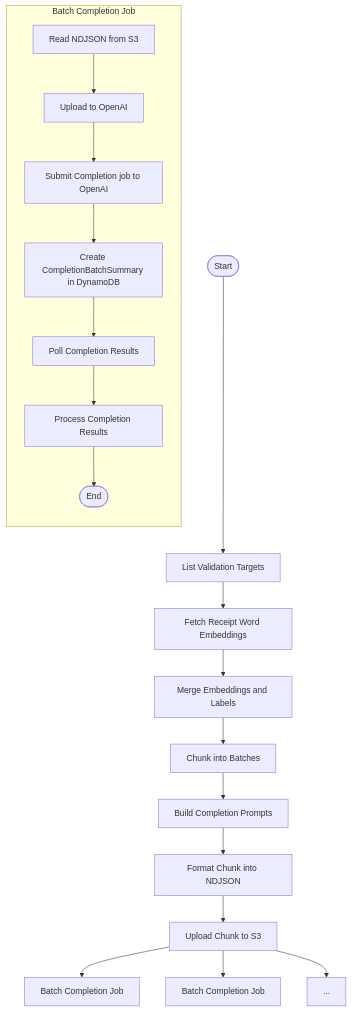
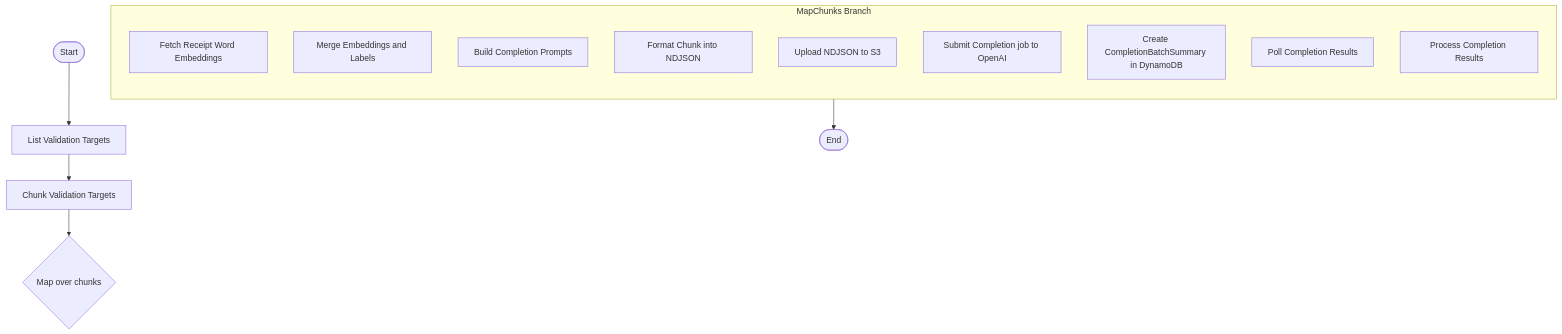
One commit to tnorlund/Portfolio changed the diagram in receipt_label/receipt_label/submit_completion/README.md. Above: the diagram before and after it, drawn with Mermaid. The commit also changed other lines of this file, not shown here.

Commit message:
✍️ Changing step function design

````diff
--- a/receipt_label/receipt_label/submit_completion/README.md
+++ b/receipt_label/receipt_label/submit_completion/README.md
@@ -65,24 +69,21 @@
 ```mermaid
 flowchart TD
     Start([Start]) --> ListValidationTargets["List Validation Targets"]
-    ListValidationTargets --> FetchEmbeddings["Fetch Receipt Word Embeddings"]
-    FetchEmbeddings --> JoinEmbeddingsAndLabels["Merge Embeddings and Labels"]
-    JoinEmbeddingsAndLabels --> ChunkIntoCompletionBatches["Chunk into Batches"]
-    ChunkIntoCompletionBatches --> BuildPrompts["Build Completion Prompts"]
-    BuildPrompts --> FormatChunk["Format Chunk into NDJSON"]
-    FormatChunk --> UploadChunk["Upload Chunk to S3"]
+    ListValidationTargets --> ChunkTargets["Chunk Validation Targets"]
+    ChunkTargets --> MapChunks{"Map over chunks"}
 
-    UploadChunk --> EachCompletionBatch["Batch Completion Job"]
-    UploadChunk --> EachCompletionBatch1["Batch Completion Job"]
-    UploadChunk --> EachCompletionBatchEllipsis["..."]
+    subgraph MapChunks Branch
+        direction TB
+        FetchEmbeddings["Fetch Receipt Word Embeddings"]
+        JoinEmbeddingsAndLabels["Merge Embeddings and Labels"]
+        BuildPrompts["Build Completion Prompts"]
+        FormatChunk["Format Chunk into NDJSON"]
+        UploadChunk["Upload NDJSON to S3"]
+        SubmitCompletionJob["Submit Completion job to OpenAI"]
+        CreateCompletionBatchSummary["Create CompletionBatchSummary in DynamoDB"]
+        PollResults["Poll Completion Results"]
+        ProcessResults["Process Completion Results"]
+    end
 
-    subgraph "Batch Completion Job"
-        direction TB
-        ReadNDJSON["Read NDJSON from S3"] --> UploadToOpenAI["Upload to OpenAI"]
-        UploadToOpenAI --> SubmitCompletionJob["Submit Completion job to OpenAI"]
-        SubmitCompletionJob --> CreateCompletionBatchSummary["Create CompletionBatchSummary in DynamoDB"]
-        CreateCompletionBatchSummary --> PollResults["Poll Completion Results"]
-        PollResults --> ProcessResults["Process Completion Results"]
-        ProcessResults --> End([End])
-    end
+    ProcessResults --> End([End])
 ```
````
